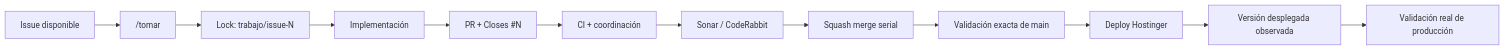
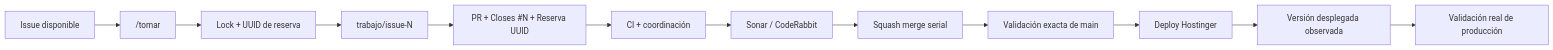
One commit to pl0n3r/Condor changed the diagram in README.md. Above: the diagram before and after it, drawn with Mermaid. The commit also changed other lines of this file, not shown here.

Commit message:
docs: actualiza snapshot de coordinación por sesión

````diff
--- a/README.md
+++ b/README.md
@@ -39,14 +39,14 @@
 ```mermaid
 flowchart LR
  A["Issue disponible"] --> B["/tomar"]
- B --> C["Lock: trabajo/issue-N"]
- C --> D["Implementación"]
- D --> E["PR + Closes #N"]
+ B --> C["Lock + UUID de reserva"]
+ C --> D["trabajo/issue-N"]
+ D --> E["PR + Closes #N + Reserva UUID"]
  E --> F["CI + coordinación"]
  F --> G["Sonar / CodeRabbit"]
  G --> H["Squash merge serial"]
  H --> I["Validación exacta de main"]
  I --> J["Deploy Hostinger"]
  J --> K["Versión desplegada observada"]
  K --> L["Validación real de producción"]
 ```
````
